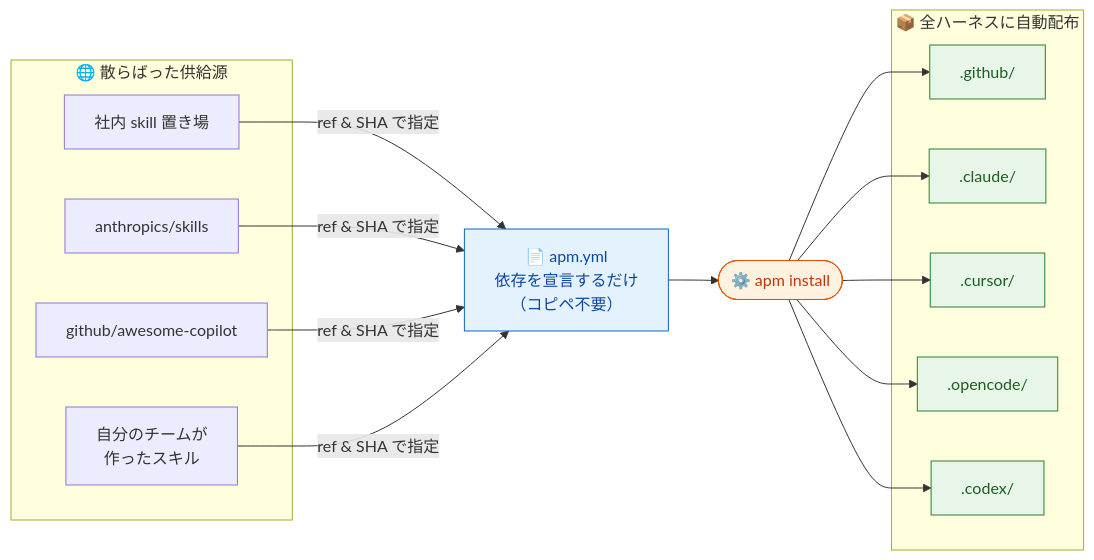
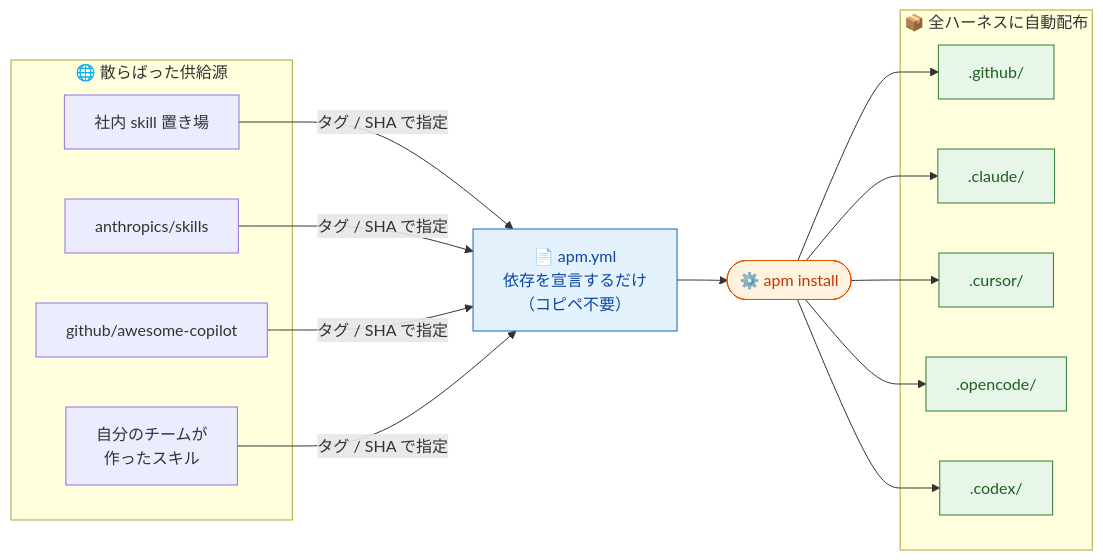
The second of 5 diagrams in articles/agent-package-manager-handson.md (ry0y4n/zenn-content), drawn with Mermaid before and after one commit. The commit also changed other lines of this file and 2 other files, not shown here.

````diff
--- a/articles/agent-package-manager-handson.md
+++ b/articles/agent-package-manager-handson.md
@@ -79,38 +79,38 @@
 ```mermaid
 flowchart LR
     subgraph SRC ["🌐 散らばった供給源"]
         s1["社内 skill 置き場"]
         s2["anthropics/skills"]
         s3["github/awesome-copilot"]
         s4["自分のチームが<br/>作ったスキル"]
     end
 
     yml["📄 apm.yml<br/>依存を宣言するだけ<br/>（コピペ不要）"]
     cli(["⚙️ apm install"])
 
     subgraph OUT ["📦 全ハーネスに自動配布"]
         copilot[".github/"]
         claude[".claude/"]
         cursor[".cursor/"]
         opencode[".opencode/"]
         codex[".codex/"]
     end
 
-    s1 -- ref & SHA で指定 --> yml
-    s2 -- ref & SHA で指定 --> yml
-    s3 -- ref & SHA で指定 --> yml
-    s4 -- ref & SHA で指定 --> yml
+    s1 -- タグ / SHA で指定 --> yml
+    s2 -- タグ / SHA で指定 --> yml
+    s3 -- タグ / SHA で指定 --> yml
+    s4 -- タグ / SHA で指定 --> yml
     yml --> cli
     cli --> copilot
     cli --> claude
     cli --> cursor
     cli --> opencode
     cli --> codex
 
     classDef src fill:#E3F2FD,stroke:#1565C0,color:#0D47A1;
     classDef cmd fill:#FFF3E0,stroke:#E65100,color:#BF360C;
     classDef out fill:#E8F5E9,stroke:#2E7D32,color:#1B5E20;
     class yml src;
     class cli cmd;
     class copilot,claude,cursor,opencode,codex out;
 ```
````
